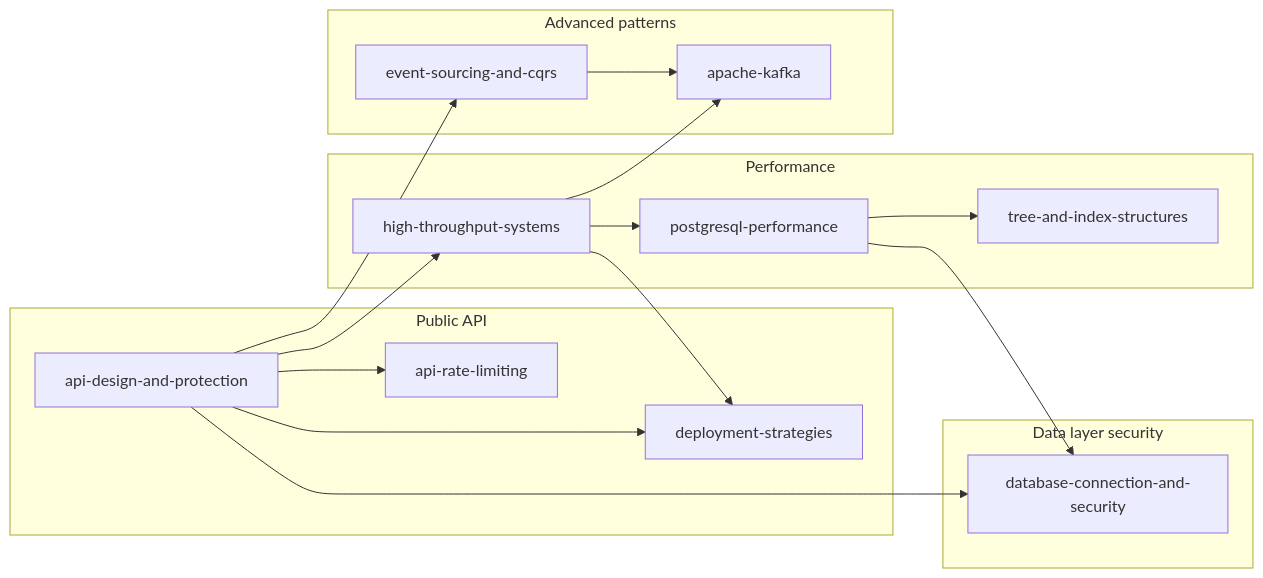
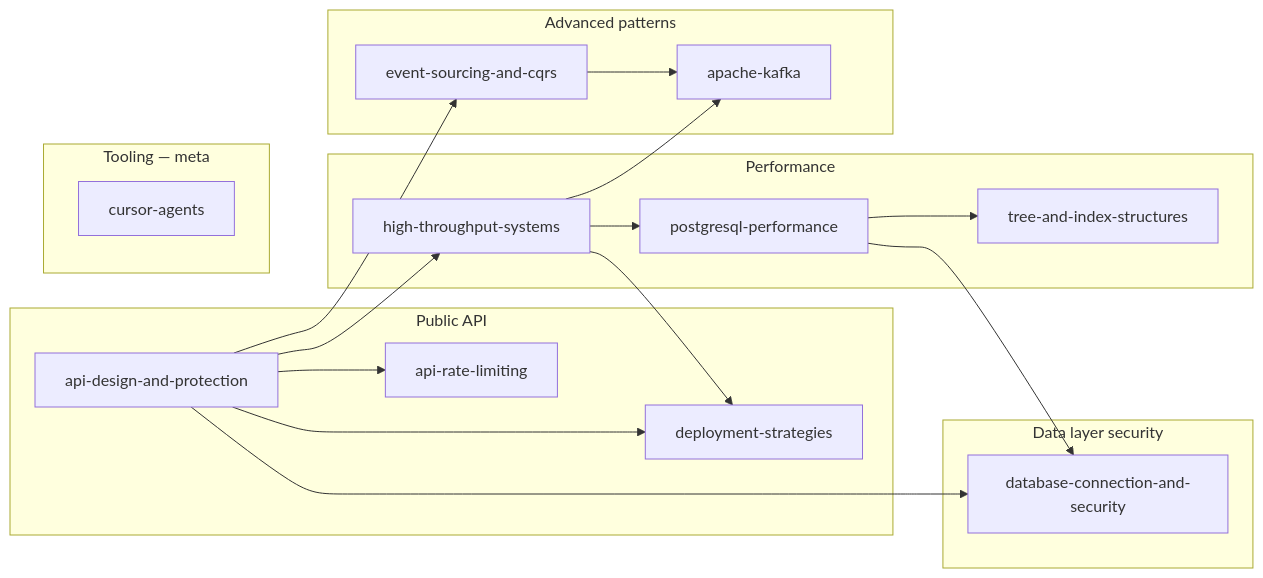
One commit to steve-duong1991/documents changed the diagram in README.md. Above: the diagram before and after it, drawn with Mermaid. The commit also changed other lines of this file and 52 other files, not shown here.

First line of the commit message:
Add cursor-agents guide, corpus navigation polish, and rate-limiting depth.

````diff
--- a/README.md
+++ b/README.md
@@ -27,31 +28,34 @@
 ```mermaid
 flowchart LR
     subgraph api [Public API]
         A[api-design-and-protection]
         R[api-rate-limiting]
         D[deployment-strategies]
     end
     subgraph perf [Performance]
         H[high-throughput-systems]
         P[postgresql-performance]
         T[tree-and-index-structures]
     end
     subgraph advanced [Advanced patterns]
         E[event-sourcing-and-cqrs]
         K[apache-kafka]
     end
     subgraph ops [Data layer security]
         S[database-connection-and-security]
     end
+    subgraph tooling [Tooling — meta]
+        C[cursor-agents]
+    end
     A --> R
     A --> H
     H --> P
     P --> T
     A --> E
     H --> K
     E --> K
     P --> S
     A --> S
     H --> D
     A --> D
 ```
````
